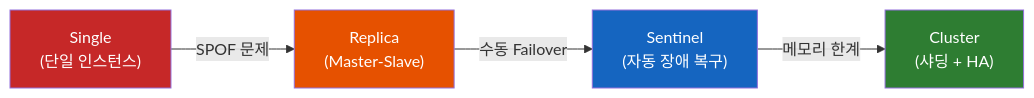
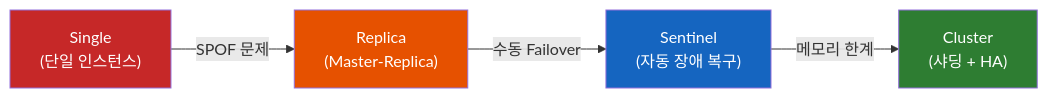
One commit to sskim91/TIL changed the first of 7 diagrams in redis/Redis의-정체와-4가지-아키텍처-진화-과정.md. Above: the diagram before and after it, drawn with Mermaid. The commit also changed other lines of this file and 80 other files, not shown here.

````diff
--- a/redis/Redis의-정체와-4가지-아키텍처-진화-과정.md
+++ b/redis/Redis의-정체와-4가지-아키텍처-진화-과정.md
@@ -9,16 +9,16 @@
 ```mermaid
 flowchart LR
     S["Single<br>(단일 인스턴스)"]
-    R["Replica<br>(Master-Slave)"]
+    R["Replica<br>(Master-Replica)"]
     SE["Sentinel<br>(자동 장애 복구)"]
     C["Cluster<br>(샤딩 + HA)"]
 
     S -->|"SPOF 문제"| R
     R -->|"수동 Failover"| SE
     SE -->|"메모리 한계"| C
 
     style S fill:#C62828,color:#fff
     style R fill:#E65100,color:#fff
     style SE fill:#1565C0,color:#fff
     style C fill:#2E7D32,color:#fff
 ```
````
